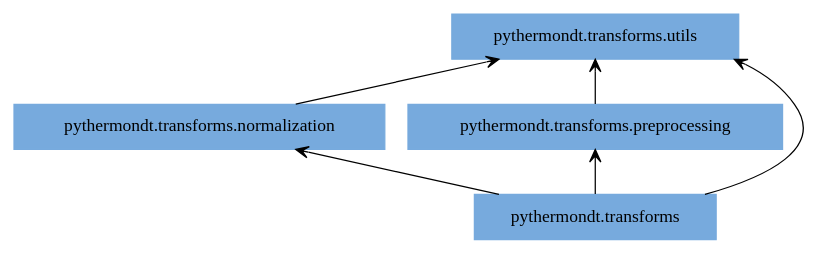
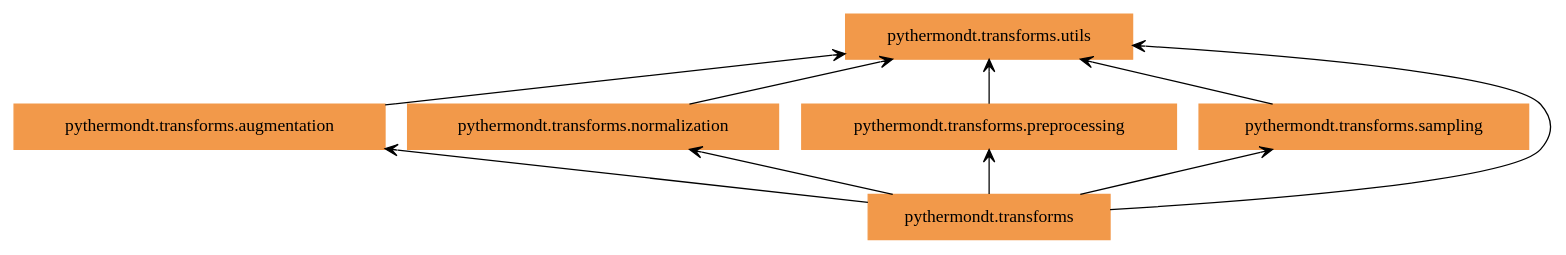
The diagram in docs/pyreverse/packages_pythermondt.transforms.gv (voidsy-gmbh/pyThermoNDT), drawn with Graphviz before and after one commit. The commit also changed 29 other files, not shown here.

First line of the commit message:
Update the pyreverse diagrams in documentation folder to make them more readable (#44)

```diff
--- a/docs/pyreverse/packages_pythermondt.transforms.gv
+++ b/docs/pyreverse/packages_pythermondt.transforms.gv
@@ -1,13 +1,19 @@
 digraph "packages_pythermondt.transforms" {
 rankdir=BT
 charset="utf-8"
-"pythermondt.transforms" [color="#77AADD", label=<pythermondt.transforms>, shape="box", style="filled"];
-"pythermondt.transforms.normalization" [color="#77AADD", label=<pythermondt.transforms.normalization>, shape="box", style="filled"];
-"pythermondt.transforms.preprocessing" [color="#77AADD", label=<pythermondt.transforms.preprocessing>, shape="box", style="filled"];
-"pythermondt.transforms.utils" [color="#77AADD", label=<pythermondt.transforms.utils>, shape="box", style="filled"];
+"pythermondt.transforms" [color="#F2994A", label=<pythermondt.transforms>, shape="box", style="filled"];
+"pythermondt.transforms.augmentation" [color="#F2994A", label=<pythermondt.transforms.augmentation>, shape="box", style="filled"];
+"pythermondt.transforms.normalization" [color="#F2994A", label=<pythermondt.transforms.normalization>, shape="box", style="filled"];
+"pythermondt.transforms.preprocessing" [color="#F2994A", label=<pythermondt.transforms.preprocessing>, shape="box", style="filled"];
+"pythermondt.transforms.sampling" [color="#F2994A", label=<pythermondt.transforms.sampling>, shape="box", style="filled"];
+"pythermondt.transforms.utils" [color="#F2994A", label=<pythermondt.transforms.utils>, shape="box", style="filled"];
+"pythermondt.transforms" -> "pythermondt.transforms.augmentation" [arrowhead="open", arrowtail="none"];
 "pythermondt.transforms" -> "pythermondt.transforms.normalization" [arrowhead="open", arrowtail="none"];
 "pythermondt.transforms" -> "pythermondt.transforms.preprocessing" [arrowhead="open", arrowtail="none"];
+"pythermondt.transforms" -> "pythermondt.transforms.sampling" [arrowhead="open", arrowtail="none"];
 "pythermondt.transforms" -> "pythermondt.transforms.utils" [arrowhead="open", arrowtail="none"];
+"pythermondt.transforms.augmentation" -> "pythermondt.transforms.utils" [arrowhead="open", arrowtail="none"];
 "pythermondt.transforms.normalization" -> "pythermondt.transforms.utils" [arrowhead="open", arrowtail="none"];
 "pythermondt.transforms.preprocessing" -> "pythermondt.transforms.utils" [arrowhead="open", arrowtail="none"];
+"pythermondt.transforms.sampling" -> "pythermondt.transforms.utils" [arrowhead="open", arrowtail="none"];
 }
```
